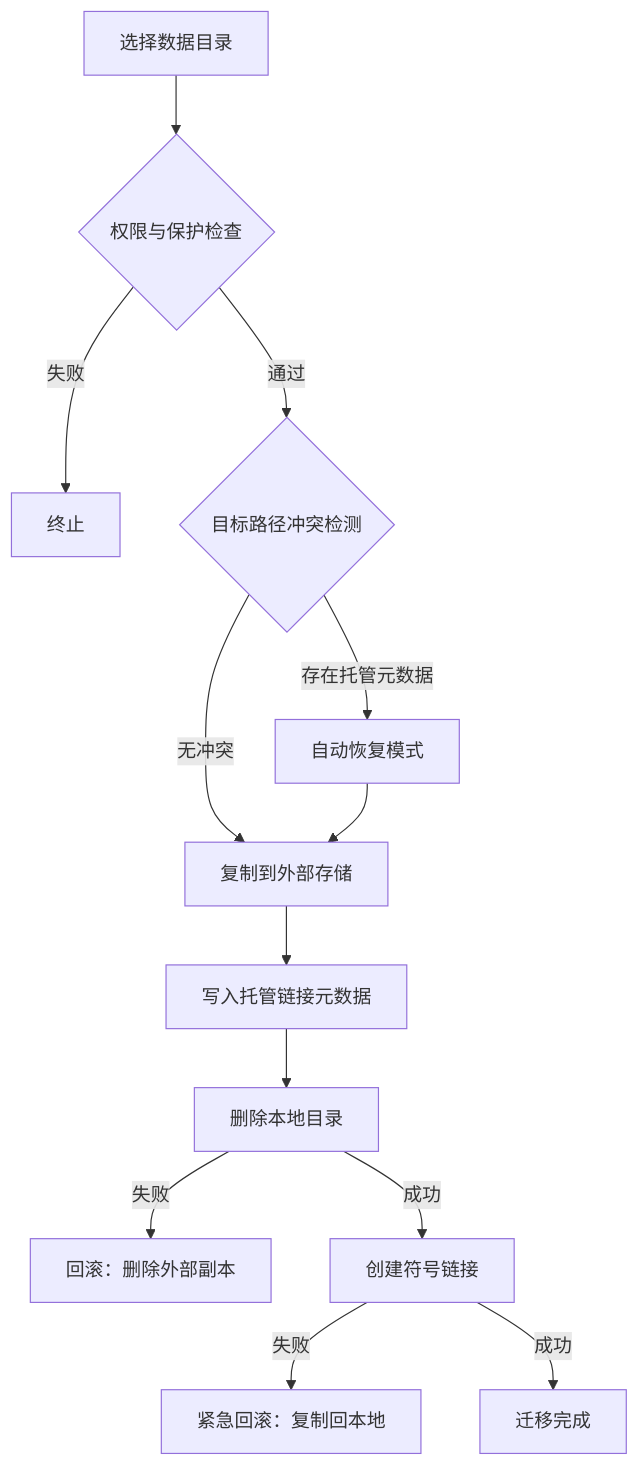
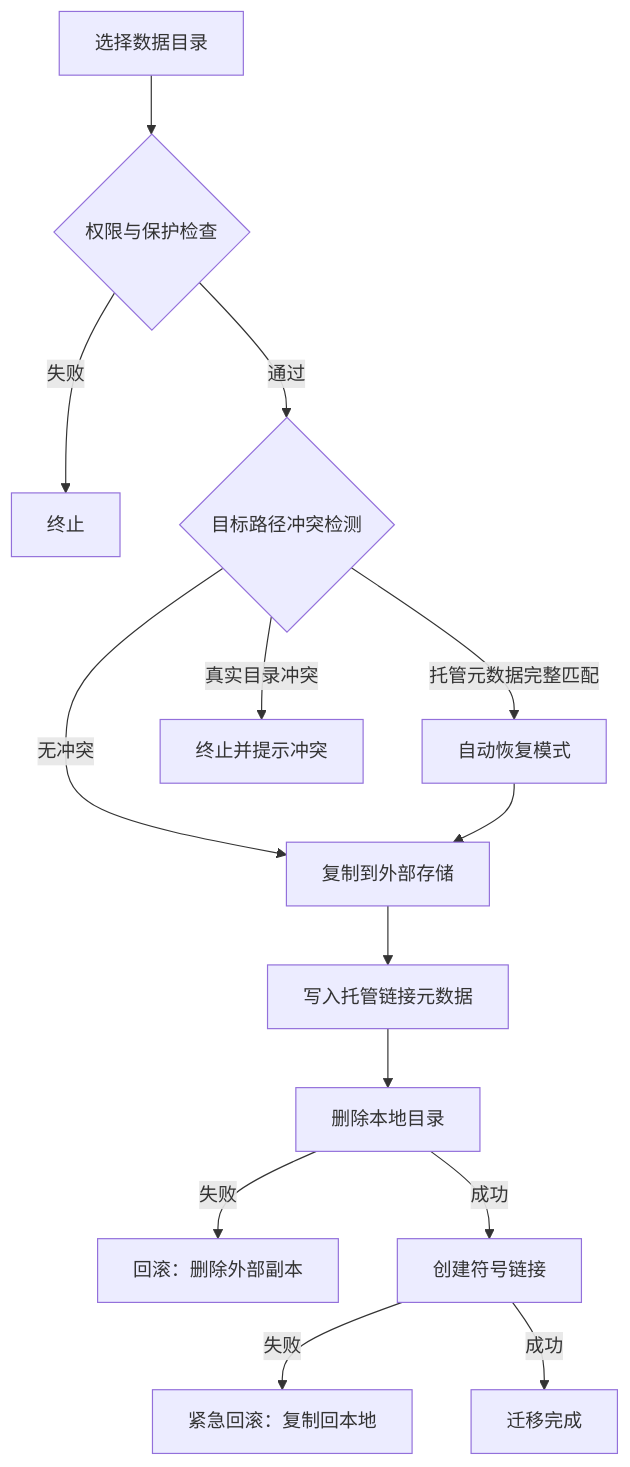
Before and after one commit to Mu-L/AppPorts: the diagram in User_docs/docs/datamigrae/baseinfo.md, drawn with Mermaid. The commit also changed other lines of this file and 80 other files, not shown here.

````diff
--- a/User_docs/docs/datamigrae/baseinfo.md
+++ b/User_docs/docs/datamigrae/baseinfo.md
@@ -25,15 +27,16 @@
 ```mermaid
 flowchart TD
     A[选择数据目录] --> B{权限与保护检查}
     B -->|失败| Z[终止]
     B -->|通过| C{目标路径冲突检测}
-    C -->|存在托管元数据| D[自动恢复模式]
+    C -->|托管元数据完整匹配| D[自动恢复模式]
+    C -->|真实目录冲突| Y[终止并提示冲突]
     C -->|无冲突| E[复制到外部存储]
     D --> E
     E --> F[写入托管链接元数据]
     F --> G[删除本地目录]
     G -->|失败| H[回滚：删除外部副本]
     G -->|成功| I[创建符号链接]
     I -->|失败| J[紧急回滚：复制回本地]
     I -->|成功| K[迁移完成]
 ```
````
